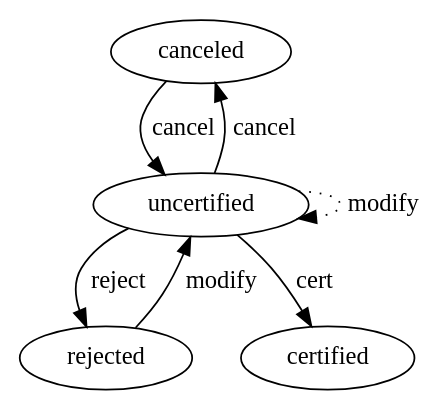
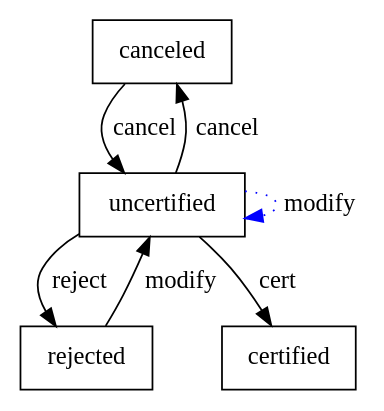
The diagram in README.md (clszzyh/flexflow), drawn with Graphviz before and after one commit. The commit also changed 1 other file, not shown here.

Commit message:
more dot

````diff
--- a/README.md
+++ b/README.md
@@ -80,16 +80,17 @@
 ```dot
 // custom_mark10
 digraph verify {
-  canceled [label=canceled];
-  certified [label=certified];
-  rejected [label=rejected];
-  uncertified [label=uncertified];
+  aize ="4,4";
+  canceled [label=canceled,shape=box];
+  certified [label=certified,shape=box];
+  rejected [label=rejected,shape=box];
+  uncertified [label=uncertified,shape=box];
   canceled -> uncertified [label=cancel];
   uncertified -> canceled [label=cancel];
   uncertified -> certified [label=cert];
   rejected -> uncertified [label=modify];
-  uncertified -> uncertified [label=modify,style=dotted];
+  uncertified -> uncertified [label=modify,style=dotted,color=blue];
   uncertified -> rejected [label=reject];
 }
 // custom_mark10
 ```
````
